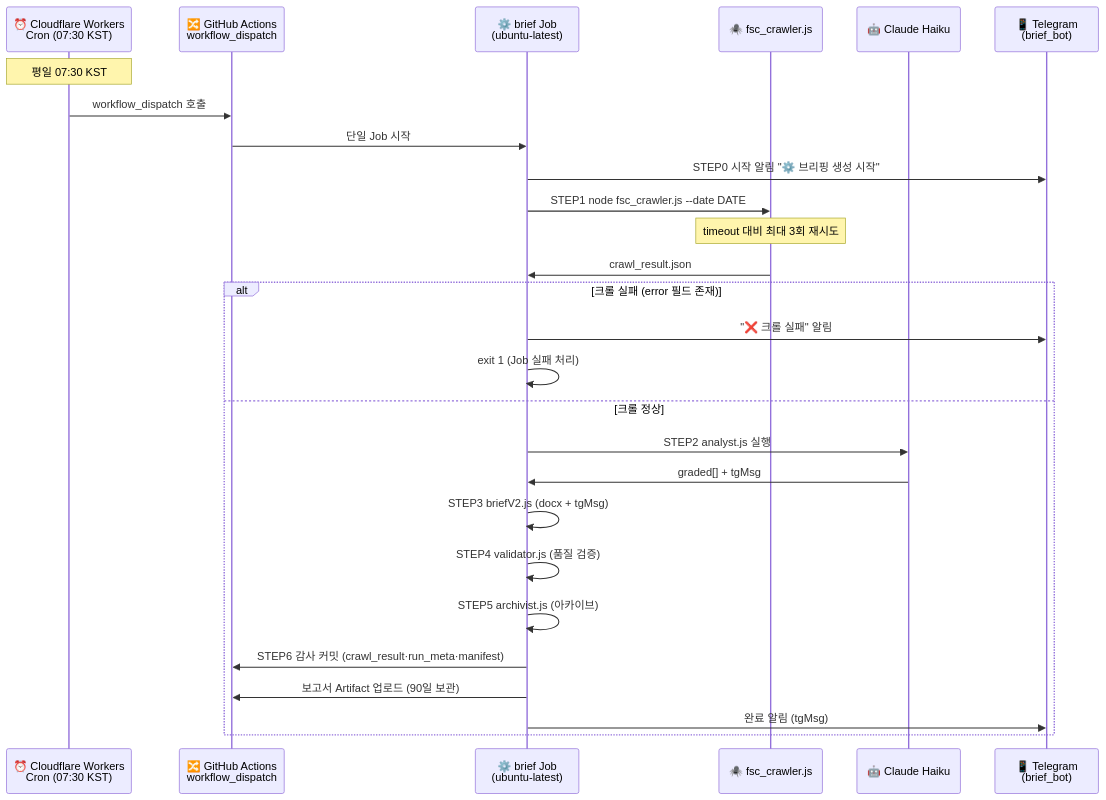
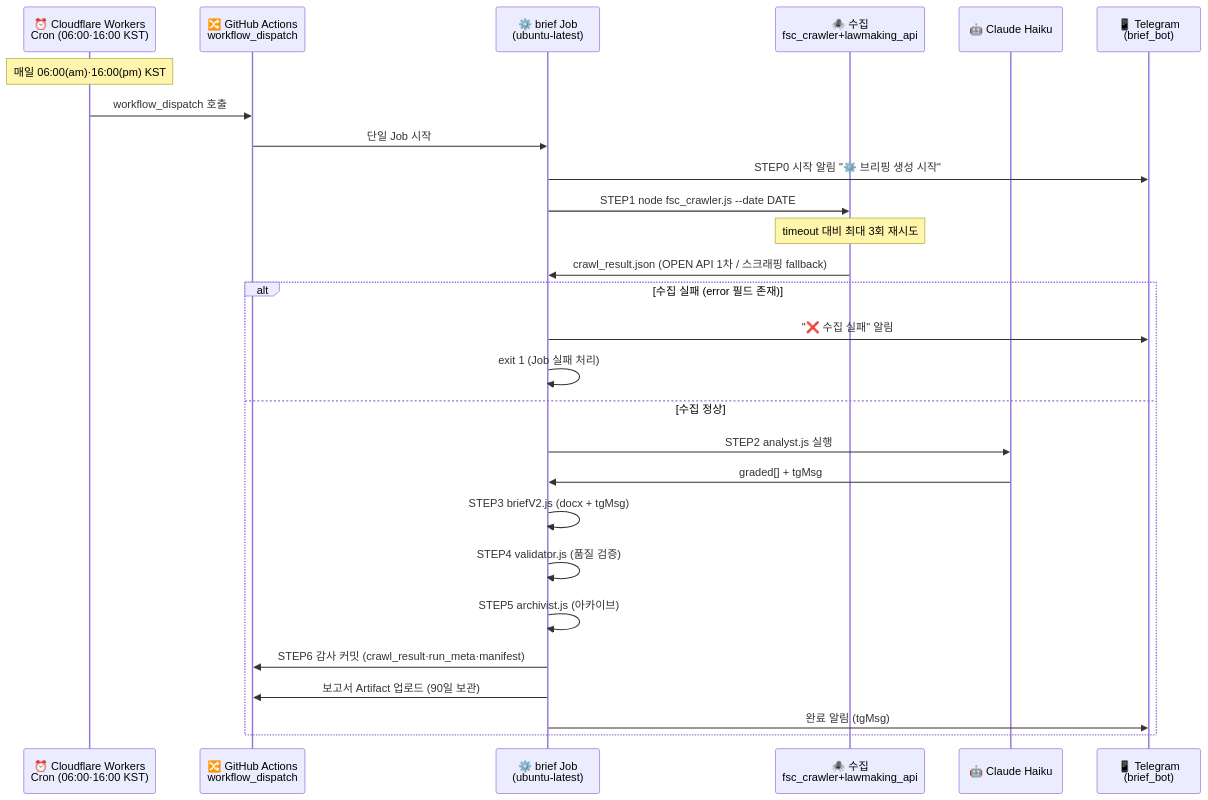
One commit to pyorocop-lang/ibk-FSS-brief changed the diagram in docs/workflow.md. Above: the diagram before and after it, drawn with Mermaid. The commit also changed other lines of this file and 21 other files, not shown here.

````diff
--- a/docs/workflow.md
+++ b/docs/workflow.md
@@ -16,30 +17,30 @@
 ```mermaid
 sequenceDiagram
-    participant CRON as ⏰ Cloudflare Workers<br>Cron (07:30 KST)
+    participant CRON as ⏰ Cloudflare Workers<br>Cron (06:00·16:00 KST)
     participant GH as 🔀 GitHub Actions<br>workflow_dispatch
     participant JOB as ⚙️ brief Job<br>(ubuntu-latest)
-    participant CRAWLER as 🕷️ fsc_crawler.js
+    participant CRAWLER as 🕷️ 수집<br>fsc_crawler+lawmaking_api
     participant CLAUDE as 🤖 Claude Haiku
     participant TG as 📱 Telegram<br>(brief_bot)
 
-    Note over CRON: 평일 07:30 KST
+    Note over CRON: 매일 06:00(am)·16:00(pm) KST
     CRON->>GH: workflow_dispatch 호출
     GH->>JOB: 단일 Job 시작
     JOB->>TG: STEP0 시작 알림 "⚙️ 브리핑 생성 시작"
     JOB->>CRAWLER: STEP1 node fsc_crawler.js --date DATE
     Note over CRAWLER: timeout 대비 최대 3회 재시도
-    CRAWLER->>JOB: crawl_result.json
-    alt 크롤 실패 (error 필드 존재)
-        JOB->>TG: "❌ 크롤 실패" 알림
+    CRAWLER->>JOB: crawl_result.json (OPEN API 1차 / 스크래핑 fallback)
+    alt 수집 실패 (error 필드 존재)
+        JOB->>TG: "❌ 수집 실패" 알림
         JOB->>JOB: exit 1 (Job 실패 처리)
-    else 크롤 정상
+    else 수집 정상
         JOB->>CLAUDE: STEP2 analyst.js 실행
         CLAUDE->>JOB: graded[] + tgMsg
         JOB->>JOB: STEP3 briefV2.js (docx + tgMsg)
         JOB->>JOB: STEP4 validator.js (품질 검증)
         JOB->>JOB: STEP5 archivist.js (아카이브)
         JOB->>GH: STEP6 감사 커밋 (crawl_result·run_meta·manifest)
         JOB->>GH: 보고서 Artifact 업로드 (90일 보관)
         JOB->>TG: 완료 알림 (tgMsg)
     end
 ```
````
